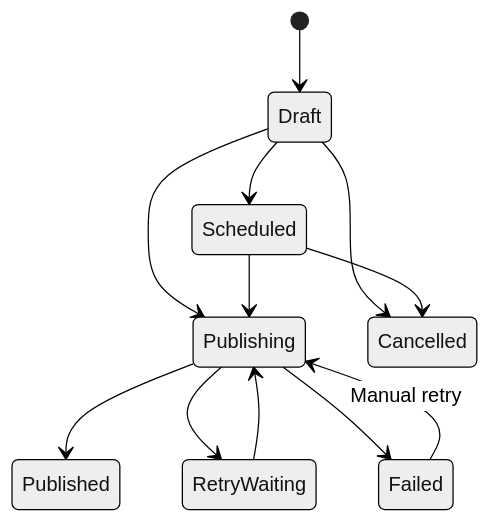
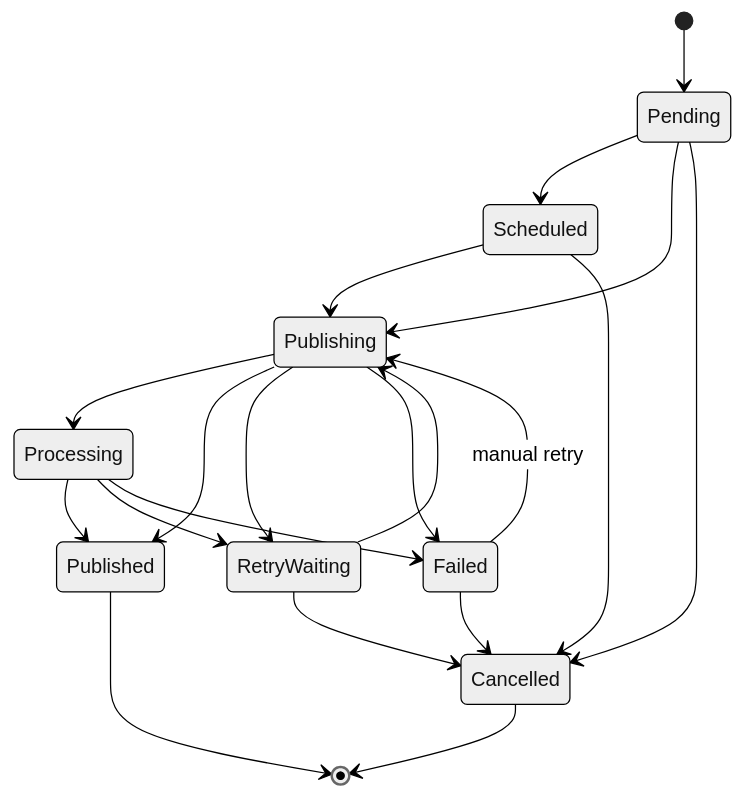
One commit to vitoo16/recruitops-platform changed the diagram in docs/diagrams/publication-state.md. Above: the diagram before and after it, drawn with Mermaid (neutral theme). The commit also changed other lines of this file and 6 other files, not shown here.

````diff
--- a/docs/diagrams/publication-state.md
+++ b/docs/diagrams/publication-state.md
@@ -3,14 +3,22 @@
 ```mermaid
 stateDiagram-v2
-    [*] --> Draft
-    Draft --> Scheduled
-    Draft --> Publishing
+    [*] --> Pending
+    Pending --> Scheduled
+    Pending --> Publishing
+    Pending --> Cancelled
     Scheduled --> Publishing
+    Scheduled --> Cancelled
+    Publishing --> Processing
     Publishing --> Published
     Publishing --> RetryWaiting
+    Publishing --> Failed
+    Processing --> Published
+    Processing --> RetryWaiting
+    Processing --> Failed
     RetryWaiting --> Publishing
-    Publishing --> Failed
-    Failed --> Publishing: Manual retry
-    Draft --> Cancelled
-    Scheduled --> Cancelled
+    RetryWaiting --> Cancelled
+    Failed --> Publishing: manual retry
+    Failed --> Cancelled
+    Published --> [*]
+    Cancelled --> [*]
 ```
````
